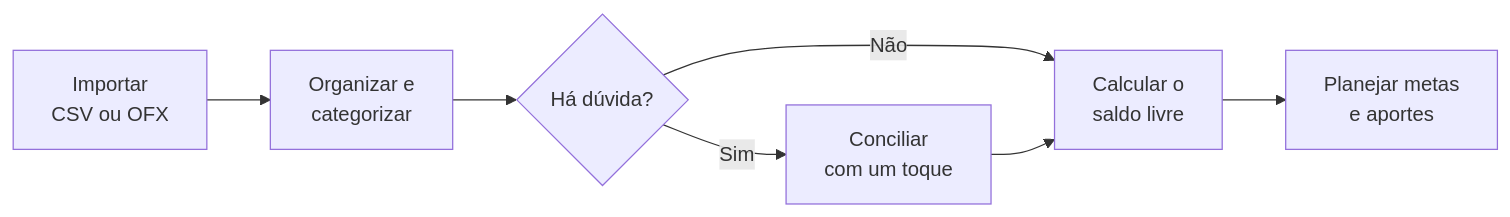
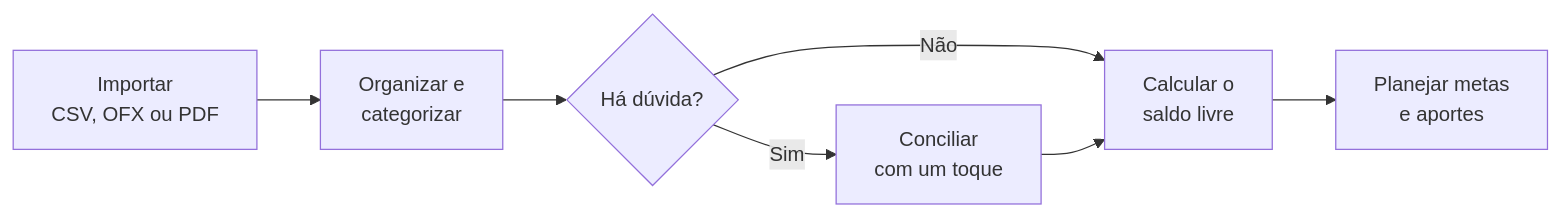
Before and after one commit to luizfelipe-pacifico/talentum: the first of 3 diagrams in README.md, drawn with Mermaid. The commit also changed other lines of this file and 411 other files, not shown here.

````diff
--- a/README.md
+++ b/README.md
@@ -33,9 +33,9 @@
 ```mermaid
 flowchart LR
-    A[Importar<br/>CSV ou OFX] --> B[Organizar e<br/>categorizar]
+    A[Importar<br/>CSV, OFX ou PDF] --> B[Organizar e<br/>categorizar]
     B --> C{Há dúvida?}
     C -- Sim --> D[Conciliar<br/>com um toque]
     C -- Não --> E[Calcular o<br/>saldo livre]
     D --> E
     E --> F[Planejar metas<br/>e aportes]
 ```
````
